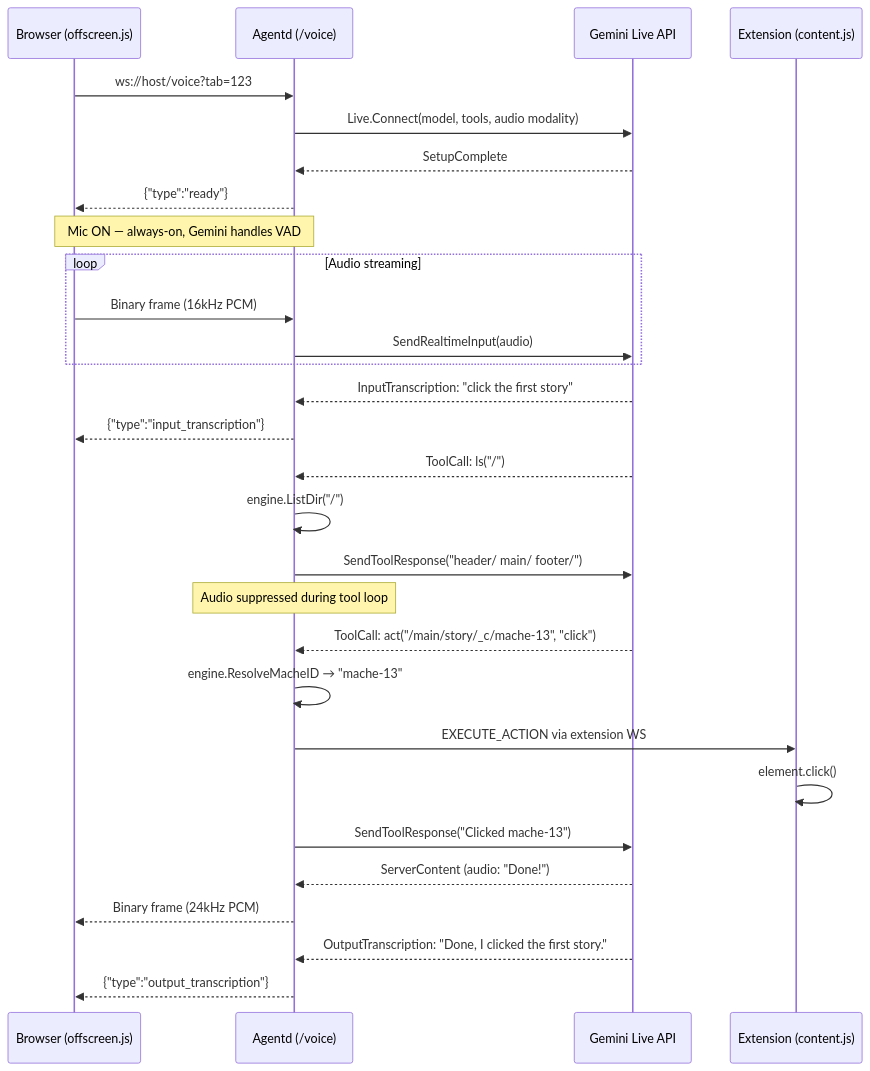
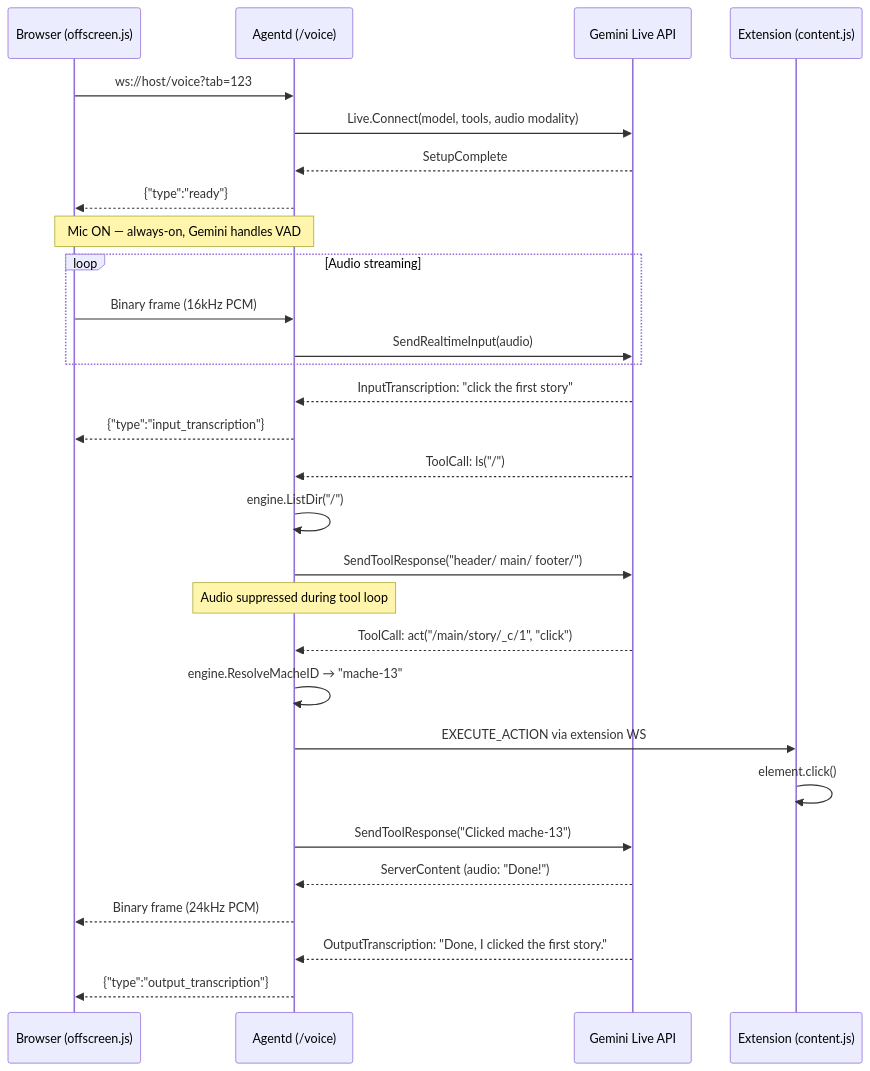
One commit to agentic-research/x-ray changed the third of 5 diagrams in docs/ARCHITECTURE.md. Above: the diagram before and after it, drawn with Mermaid. The commit also changed other lines of this file and 8 other files, not shown here.

````diff
--- a/docs/ARCHITECTURE.md
+++ b/docs/ARCHITECTURE.md
@@ -108,39 +110,39 @@
 ```mermaid
 sequenceDiagram
     participant B as Browser (offscreen.js)
     participant A as Agentd (/voice)
     participant G as Gemini Live API
     participant E as Extension (content.js)
 
     B->>A: ws://host/voice?tab=123
     A->>G: Live.Connect(model, tools, audio modality)
     G-->>A: SetupComplete
     A-->>B: {"type":"ready"}
 
     Note over B,A: Mic ON — always-on, Gemini handles VAD
 
     loop Audio streaming
         B->>A: Binary frame (16kHz PCM)
         A->>G: SendRealtimeInput(audio)
     end
 
     G-->>A: InputTranscription: "click the first story"
     A-->>B: {"type":"input_transcription"}
 
     G-->>A: ToolCall: ls("/")
     A->>A: engine.ListDir("/")
     A->>G: SendToolResponse("header/ main/ footer/")
 
     Note over A: Audio suppressed during tool loop
 
-    G-->>A: ToolCall: act("/main/story/_c/mache-13", "click")
+    G-->>A: ToolCall: act("/main/story/_c/1", "click")
     A->>A: engine.ResolveMacheID → "mache-13"
     A->>E: EXECUTE_ACTION via extension WS
     E->>E: element.click()
     A->>G: SendToolResponse("Clicked mache-13")
 
     G-->>A: ServerContent (audio: "Done!")
     A-->>B: Binary frame (24kHz PCM)
     G-->>A: OutputTranscription: "Done, I clicked the first story."
     A-->>B: {"type":"output_transcription"}
 ```
````
